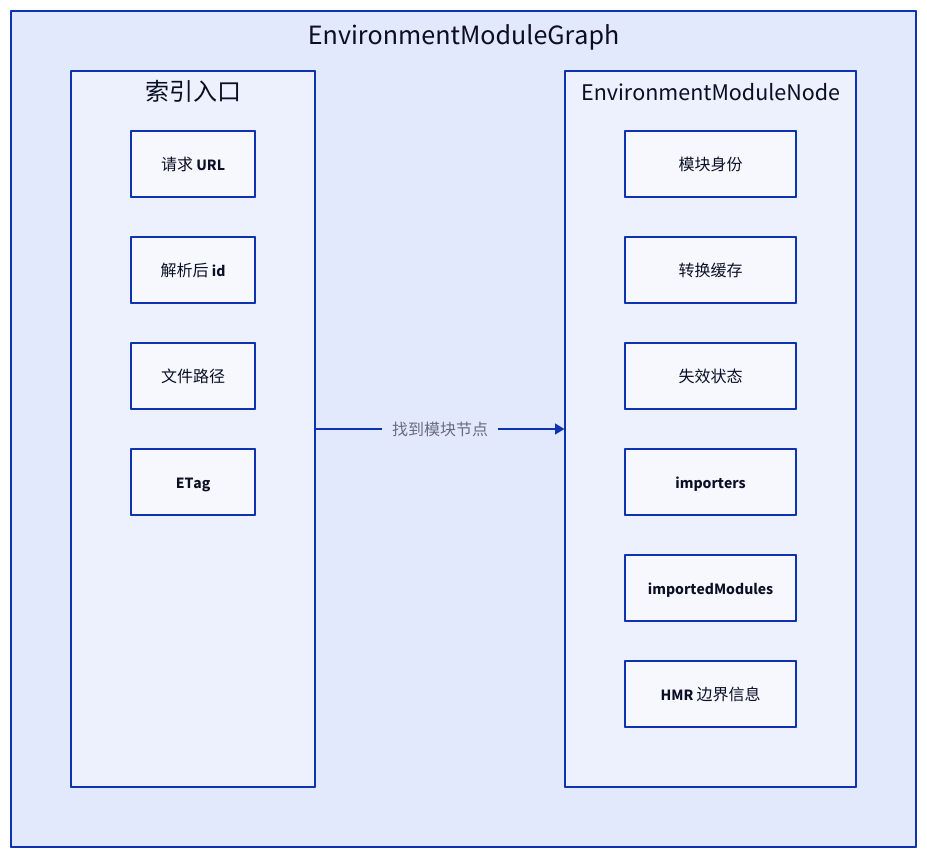
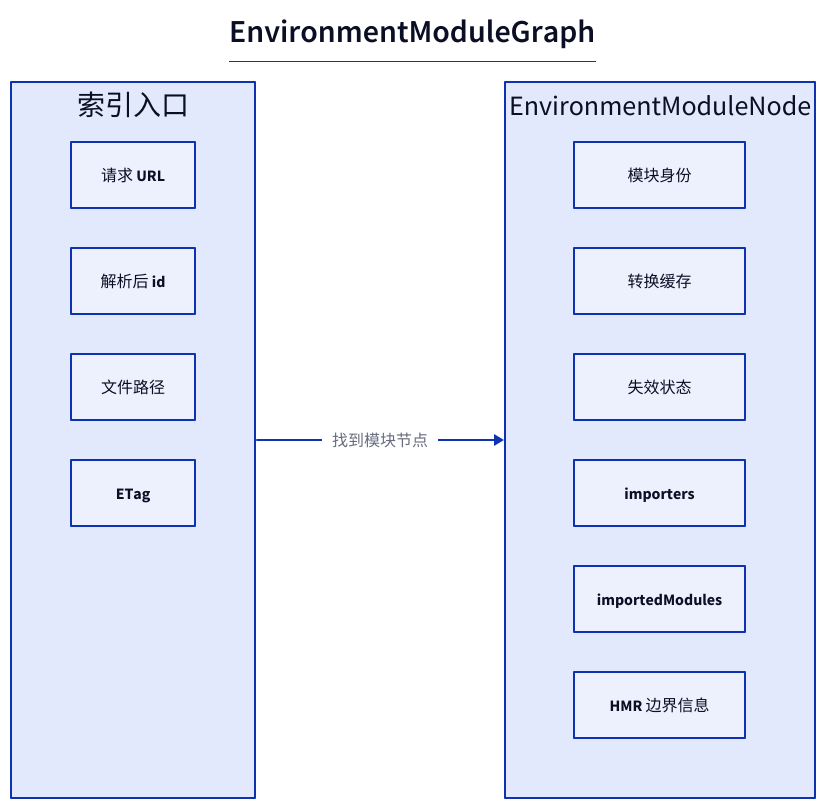
The third of 5 diagrams in apps/docs/experiences/构建工具/Vite 原理与实践.md (youngluo/thinking), drawn with D2 before and after one commit. The commit also changed other lines of this file and 1 other file, not shown here.

Commit message:
docs(build): refine Vite and Webpack guides

````diff
--- a/apps/docs/experiences/构建工具/Vite 原理与实践.md
+++ b/apps/docs/experiences/构建工具/Vite 原理与实践.md
@@ -123,34 +123,35 @@
 ```d2 maxHeight=400
-graph: EnvironmentModuleGraph {
-  class: group
-  grid-columns: 3
+title: |md
+  # EnvironmentModuleGraph
+| {near: top-center}
 
-  indexes: 索引入口 {
-    class: subgroup
-    grid-columns: 1
+grid-columns: 3
 
-    url: 请求 URL
-    id: 解析后 id
-    file: 文件路径
-    etag: ETag
-  }
+indexes: 索引入口 {
+  class: subgroup
+  grid-columns: 1
 
-  spacer: " "
-  spacer.width: 170
-  spacer.style.opacity: 0
+  url: 请求 URL
+  id: 解析后 id
+  file: 文件路径
+  etag: ETag
+}
 
-  node: EnvironmentModuleNode {
-    class: subgroup
-    grid-columns: 1
+spacer: " "
+spacer.width: 170
+spacer.style.opacity: 0
 
-    identity: 模块身份
-    cache: 转换缓存
-    invalidation: 失效状态
-    importers: importers
-    importedModules: importedModules
-    hmr: HMR 边界信息
-  }
+node: EnvironmentModuleNode {
+  class: subgroup
+  grid-columns: 1
 
-  indexes -> node: 找到模块节点
+  identity: 模块身份
+  cache: 转换缓存
+  invalidation: 失效状态
+  importers: importers
+  importedModules: importedModules
+  hmr: HMR 边界信息
 }
+
+indexes -> node: 找到模块节点
 ```
````
